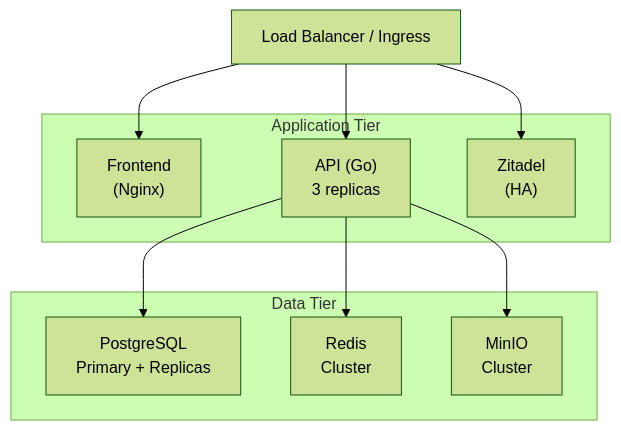
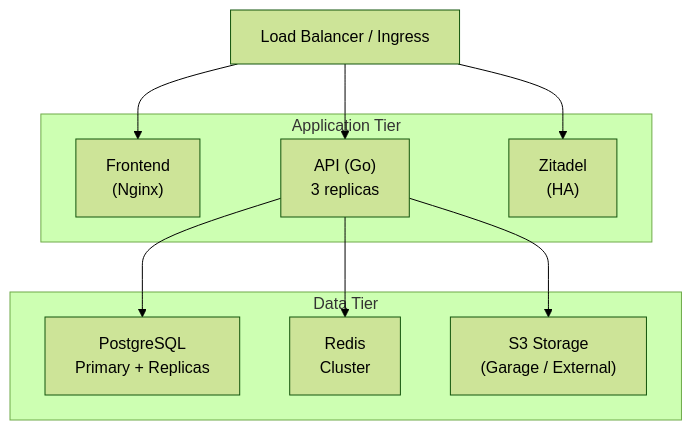
Before and after one commit to vhco-pro/stackweaver-frontend: the seventh of 7 diagrams in docs/architecture/README.md, drawn with Mermaid (forest theme). The commit also changed other lines of this file and 23 other files, not shown here.

````diff
--- a/docs/architecture/README.md
+++ b/docs/architecture/README.md
@@ -477,23 +477,23 @@
 ```mermaid
 flowchart TB
     LB["Load Balancer / Ingress"]
 
     subgraph AppTier["Application Tier"]
         Frontend["Frontend<br/>(Nginx)"]
         API["API (Go)<br/>3 replicas"]
         Zitadel["Zitadel<br/>(HA)"]
     end
 
     subgraph DataTier["Data Tier"]
         PostgreSQL["PostgreSQL<br/>Primary + Replicas"]
         Redis["Redis<br/>Cluster"]
-        MinIO["MinIO<br/>Cluster"]
+        Garage["S3 Storage<br/>(Garage / External)"]
     end
 
     LB --> Frontend
     LB --> API
     LB --> Zitadel
     API --> PostgreSQL
     API --> Redis
-    API --> MinIO
+    API --> Garage
 ```
````
